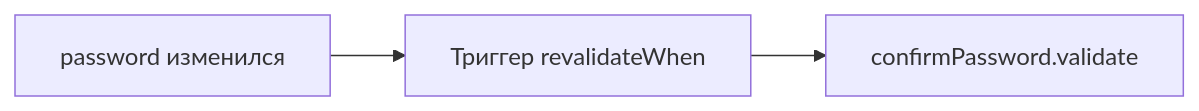
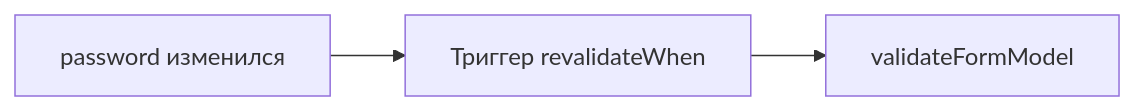
One commit to AlexandrBukhtatyy/ReFormer changed the seventh of 7 diagrams in docs/behaviors.md. Above: the diagram before and after it, drawn with Mermaid. The commit also changed other lines of this file and 4 other files, not shown here.

````diff
--- a/docs/behaviors.md
+++ b/docs/behaviors.md
@@ -232,8 +233,8 @@
 ```mermaid
 flowchart LR
     password[password изменился]
     trigger[Триггер revalidateWhen]
-    confirm[confirmPassword.validate]
+    confirm[validateFormModel]
 
     password --> trigger --> confirm
 ```
````
